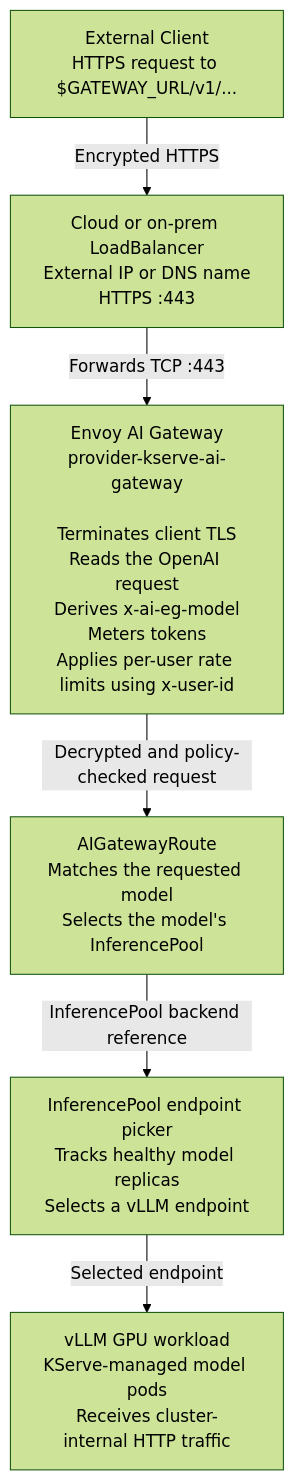
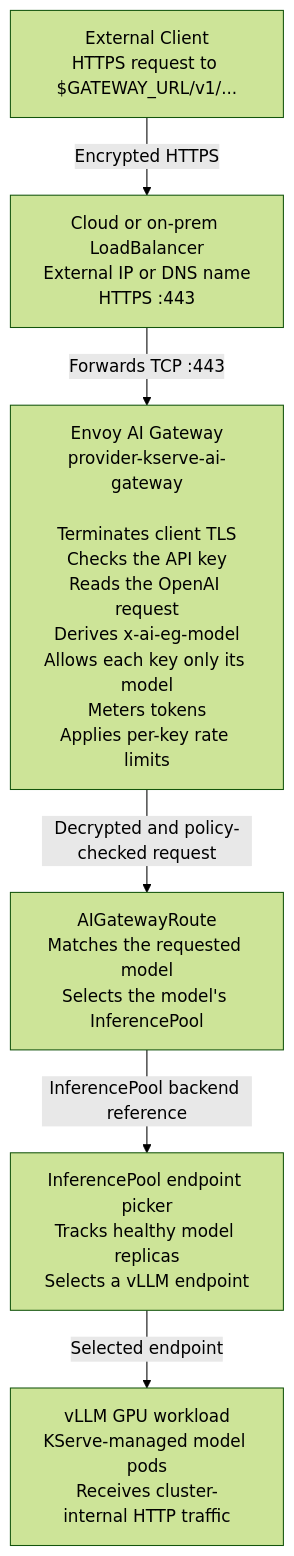
The diagram in docs/deployment-guide.md (openeverest/provider-kserve), drawn with Mermaid (forest theme) before and after one commit. The commit also changed other lines of this file and 26 other files, not shown here.

Commit message:
Fully working fix and flow for ai gateway

````diff
--- a/docs/deployment-guide.md
+++ b/docs/deployment-guide.md
@@ -35,15 +35,15 @@
 ```mermaid
 flowchart TD
     client["External Client<br/>HTTPS request to $GATEWAY_URL/v1/..."]
     lb["Cloud or on-prem LoadBalancer<br/>External IP or DNS name<br/>HTTPS :443"]
-    gateway["Envoy AI Gateway<br/>provider-kserve-ai-gateway<br/><br/>Terminates client TLS<br/>Reads the OpenAI request<br/>Derives x-ai-eg-model<br/>Meters tokens<br/>Applies per-user rate limits using x-user-id"]
+    gateway["Envoy AI Gateway<br/>provider-kserve-ai-gateway<br/><br/>Terminates client TLS<br/>Checks the API key<br/>Reads the OpenAI request<br/>Derives x-ai-eg-model<br/>Allows each key only its model<br/>Meters tokens<br/>Applies per-key rate limits"]
     route["AIGatewayRoute<br/>Matches the requested model<br/>Selects the model's InferencePool"]
     picker["InferencePool endpoint picker<br/>Tracks healthy model replicas<br/>Selects a vLLM endpoint"]
     workload["vLLM GPU workload<br/>KServe-managed model pods<br/>Receives cluster-internal HTTP traffic"]
 
     client -->|"Encrypted HTTPS"| lb
     lb -->|"Forwards TCP :443"| gateway
     gateway -->|"Decrypted and policy-checked request"| route
     route -->|"InferencePool backend reference"| picker
     picker -->|"Selected endpoint"| workload
 ```
````
